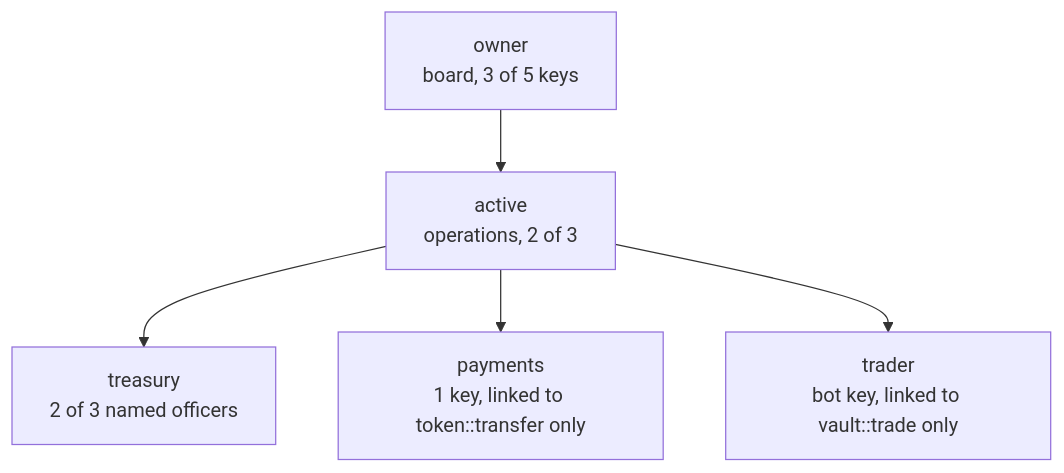
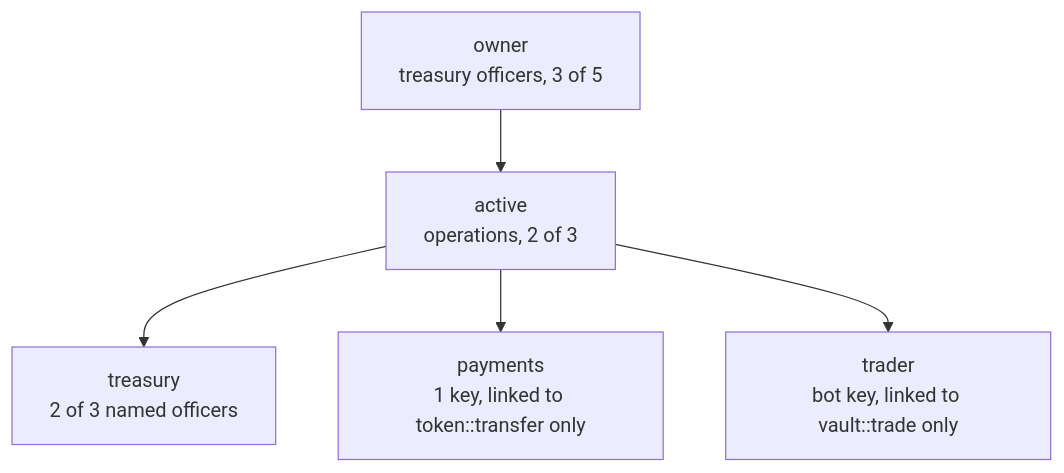
One commit to paulgnz/pulsevm-docs changed the diagram in docs/guide/accounts-permissions.md. Above: the diagram before and after it, drawn with Mermaid. The commit also changed 15 other files, not shown here.

````diff
--- a/docs/guide/accounts-permissions.md
+++ b/docs/guide/accounts-permissions.md
@@ -19,7 +19,7 @@
 ```mermaid
 flowchart TD
-  owner["owner<br/>board, 3 of 5 keys"] --> active["active<br/>operations, 2 of 3"]
+  owner["owner<br/>treasury officers, 3 of 5"] --> active["active<br/>operations, 2 of 3"]
   active --> treasury["treasury<br/>2 of 3 named officers"]
   active --> payments["payments<br/>1 key, linked to token::transfer only"]
   active --> trader["trader<br/>bot key, linked to vault::trade only"]
 ```
````
